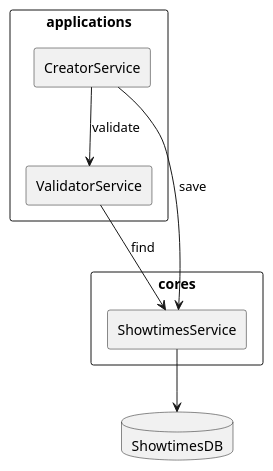
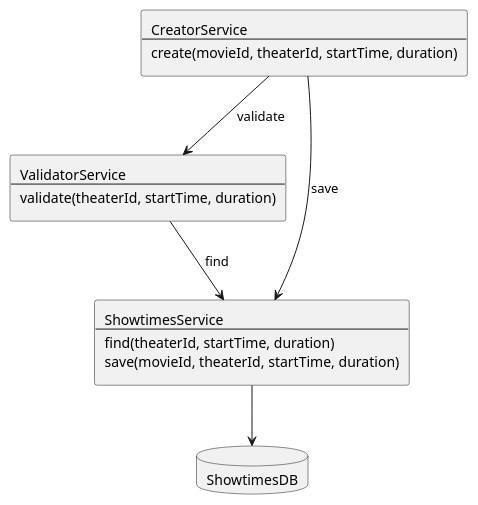
The second of 4 diagrams in _posts/2026-06-18-backend-design-4.md (mannercode/mannercode.github.io), drawn with PlantUML before and after one commit. The commit also changed other lines of this file and 1 other file, not shown here.

```diff
--- a/_posts/2026-06-18-backend-design-4.md
+++ b/_posts/2026-06-18-backend-design-4.md
@@ -74,25 +74,21 @@
 {% plantuml %}
 @startuml
 skinparam componentStyle rectangle
 skinparam packageStyle rectangle
 skinparam shadowing false
 top to bottom direction
 
-package "applications" {
-component "CreatorService" as ACreator
-component "ValidatorService" as AValidator
+component "CreatorService\n--\ncreate(movieId, theaterId, startTime, duration)" as ACreator
+component "ValidatorService\n--\nvalidate(theaterId, startTime, duration)" as AValidator
 
 ACreator --> AValidator : validate
-}
 
-package "cores" {
-component "ShowtimesService" as CShowtimes
-}
+component "ShowtimesService\n--\nfind(theaterId, startTime, duration)\nsave(movieId, theaterId, startTime, duration)" as CShowtimes
 
 database "ShowtimesDB" as SDB
 
 ACreator --> CShowtimes : save
 AValidator --> CShowtimes : find
 CShowtimes --> SDB
 @enduml
 {% endplantuml %}
```
